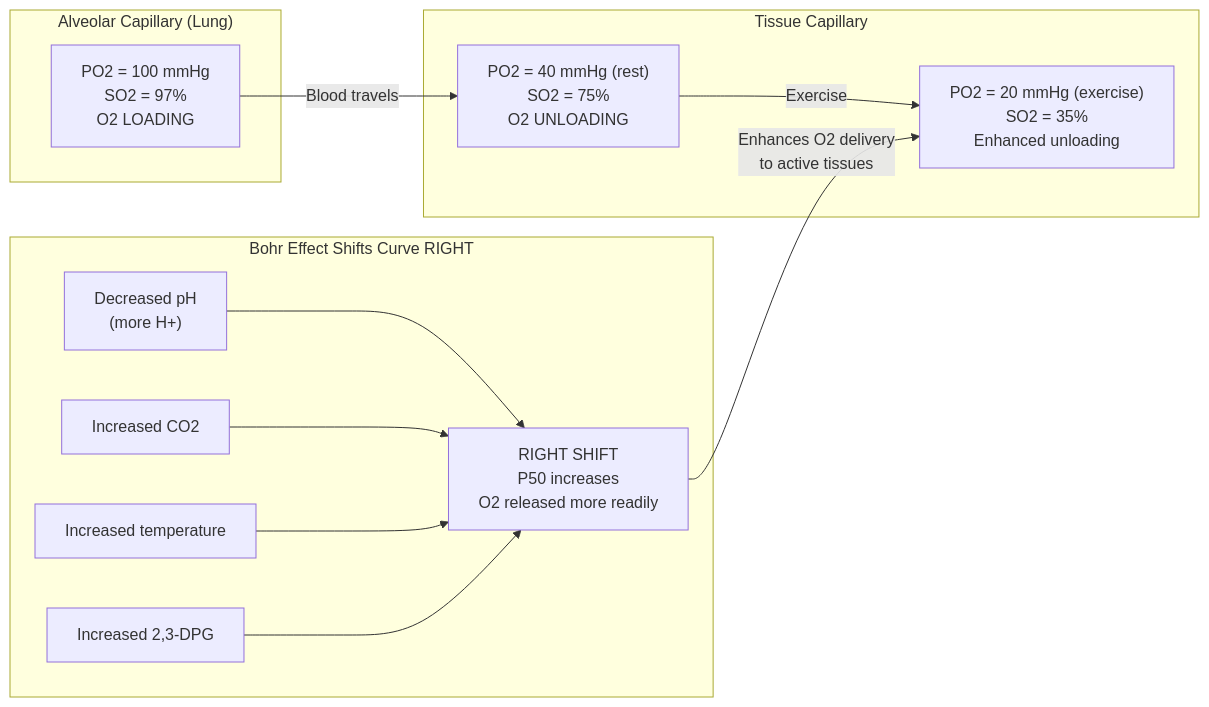
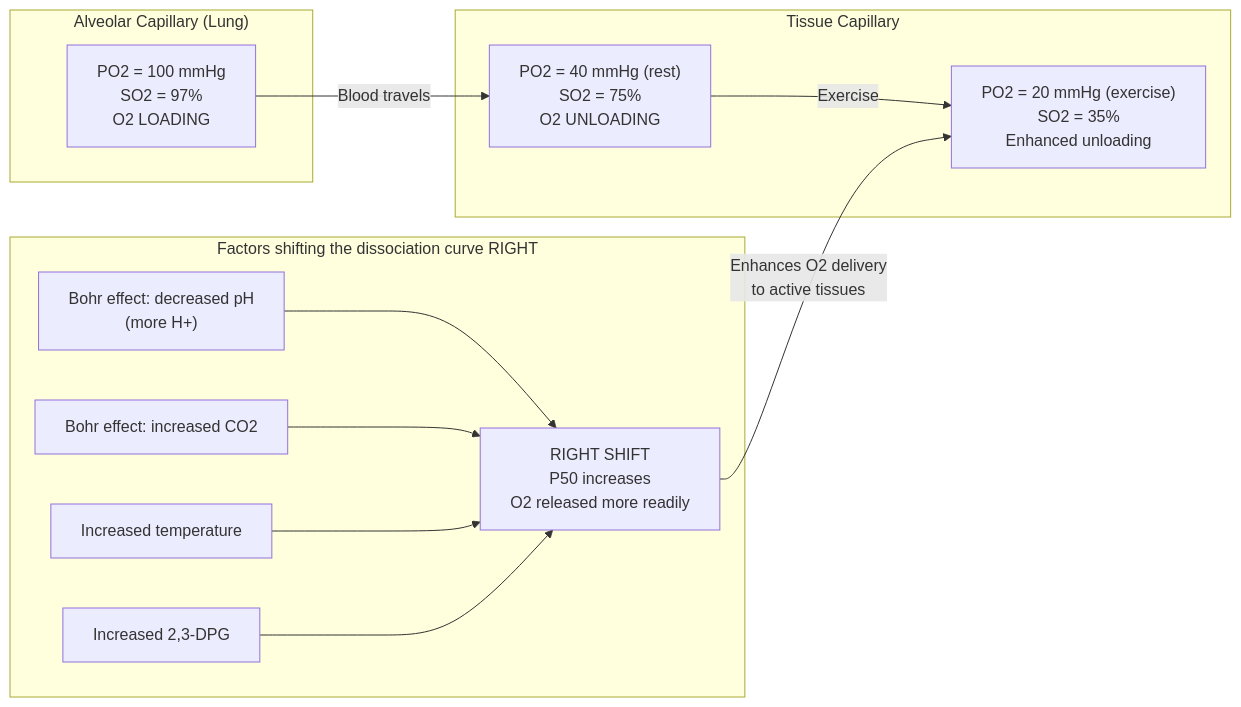
One commit to docxology/biology_textbook changed the third of 5 diagrams in docs/manuscript/unit_IX/circulation_respiration_homeostasis.md. Above: the diagram before and after it, drawn with Mermaid. The commit also changed other lines of this file and 41 other files, not shown here.

````diff
--- a/docs/manuscript/unit_IX/circulation_respiration_homeostasis.md
+++ b/docs/manuscript/unit_IX/circulation_respiration_homeostasis.md
@@ -390,26 +403,26 @@
 ```mermaid
 flowchart LR
     subgraph Lung ["Alveolar Capillary (Lung)"]
         L1["PO2 = 100 mmHg<br/>SO2 = 97%<br/>O2 LOADING"]
     end
 
     subgraph Tissue ["Tissue Capillary"]
         T1["PO2 = 40 mmHg (rest)<br/>SO2 = 75%<br/>O2 UNLOADING"]
         T2["PO2 = 20 mmHg (exercise)<br/>SO2 = 35%<br/>Enhanced unloading"]
     end
 
-    subgraph Bohr ["Bohr Effect Shifts Curve RIGHT"]
-        B1["Decreased pH<br/>(more H+)"]
-        B2["Increased CO2"]
+    subgraph Bohr ["Factors shifting the dissociation curve RIGHT"]
+        B1["Bohr effect: decreased pH<br/>(more H+)"]
+        B2["Bohr effect: increased CO2"]
         B3["Increased temperature"]
         B4["Increased 2,3-DPG"]
         B1 --> B5["RIGHT SHIFT<br/>P50 increases<br/>O2 released more readily"]
         B2 --> B5
         B3 --> B5
         B4 --> B5
     end
 
     L1 --> |"Blood travels"| T1
     T1 --> |"Exercise"| T2
     B5 --> |"Enhances O2 delivery<br/>to active tissues"| T2
 ```
````
